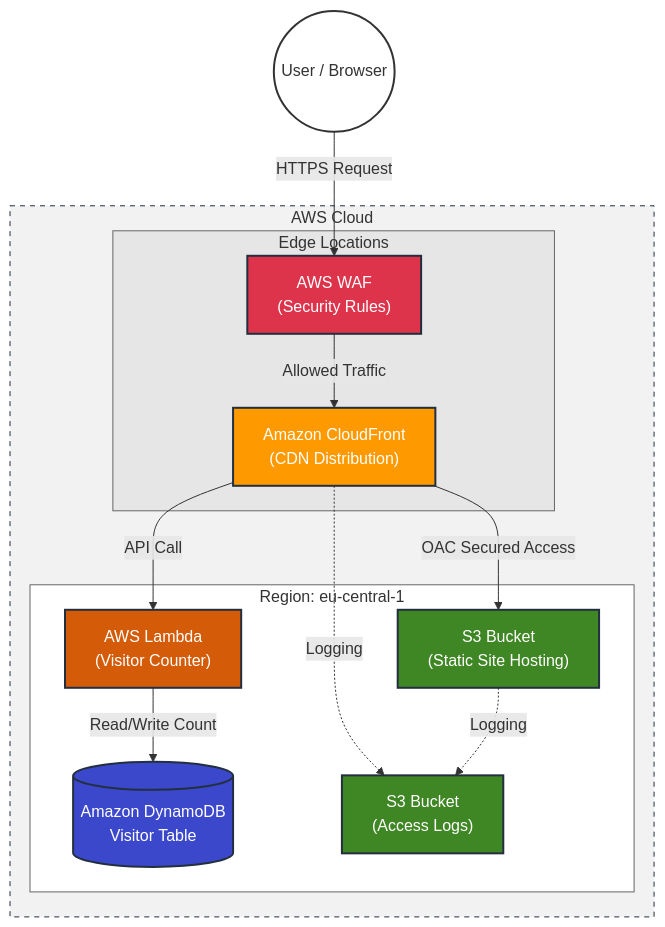
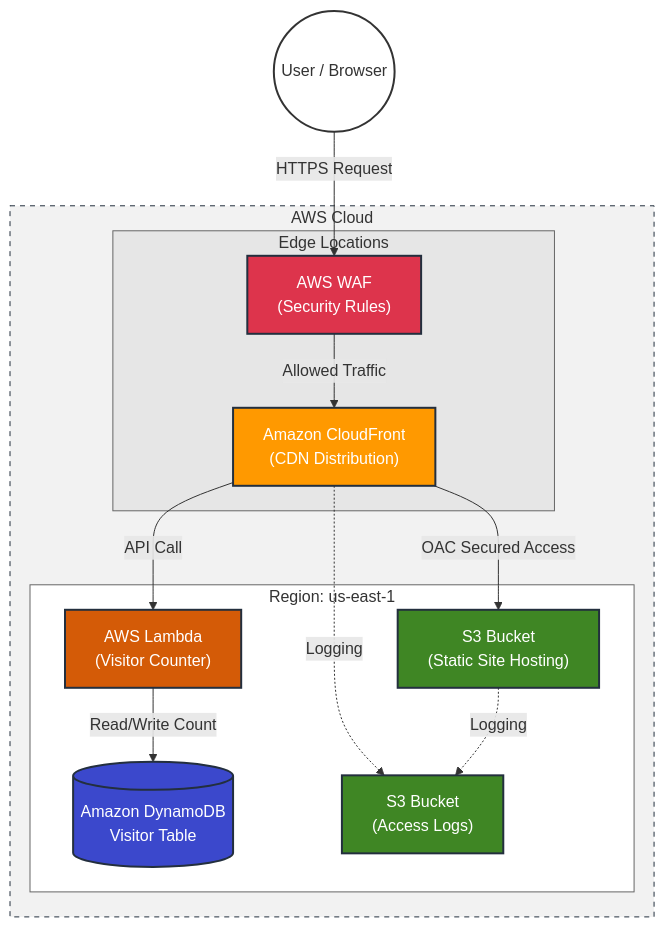
Before and after one commit to emredogan-cloud/aws-terraform-prod-static-site: the diagram in README.md, drawn with Mermaid.

Commit message:
docs(readme): update diagram region labels to match implementation

````diff
--- a/README.md
+++ b/README.md
@@ -7,48 +7,48 @@
 ```mermaid
 graph TD
     %% Define Styles
     classDef user fill:#fff,stroke:#333,stroke-width:2px;
     classDef aws fill:#FF9900,stroke:#232F3E,stroke-width:2px,color:white;
     classDef security fill:#DD344C,stroke:#232F3E,stroke-width:2px,color:white;
     classDef storage fill:#3F8624,stroke:#232F3E,stroke-width:2px,color:white;
     classDef compute fill:#D45B07,stroke:#232F3E,stroke-width:2px,color:white;
     classDef db fill:#3B48CC,stroke:#232F3E,stroke-width:2px,color:white;
 
     %% Nodes
     User((User / Browser)):::user
     
     subgraph AWS_Cloud [AWS Cloud]
         style AWS_Cloud fill:#f2f2f2,stroke:#232F3E,stroke-dasharray:5 5;
         
         subgraph Edge [Edge Locations]
             style Edge fill:#e6e6e6,stroke:#666;
             WAF["AWS WAF<br/>(Security Rules)"]:::security
             CF["Amazon CloudFront<br/>(CDN Distribution)"]:::aws
         end
 
-        subgraph Region [Region: eu-central-1]
+        subgraph Region [Region: us-east-1]
             style Region fill:#fff,stroke:#666;
             
             S3_Site["S3 Bucket<br/>(Static Site Hosting)"]:::storage
             Lambda["AWS Lambda<br/>(Visitor Counter)"]:::compute
             DDB[("Amazon DynamoDB<br/>Visitor Table")]:::db
             
             S3_Logs["S3 Bucket<br/>(Access Logs)"]:::storage
         end
     end
 
     %% Connections
     User -->|HTTPS Request| WAF
     WAF -->|Allowed Traffic| CF
     
     CF -->|OAC Secured Access| S3_Site
     CF -->|API Call| Lambda
     
     Lambda -->|Read/Write Count| DDB
     
     CF -.->|Logging| S3_Logs
     S3_Site -.->|Logging| S3_Logs
 
 
 
 ```
````
